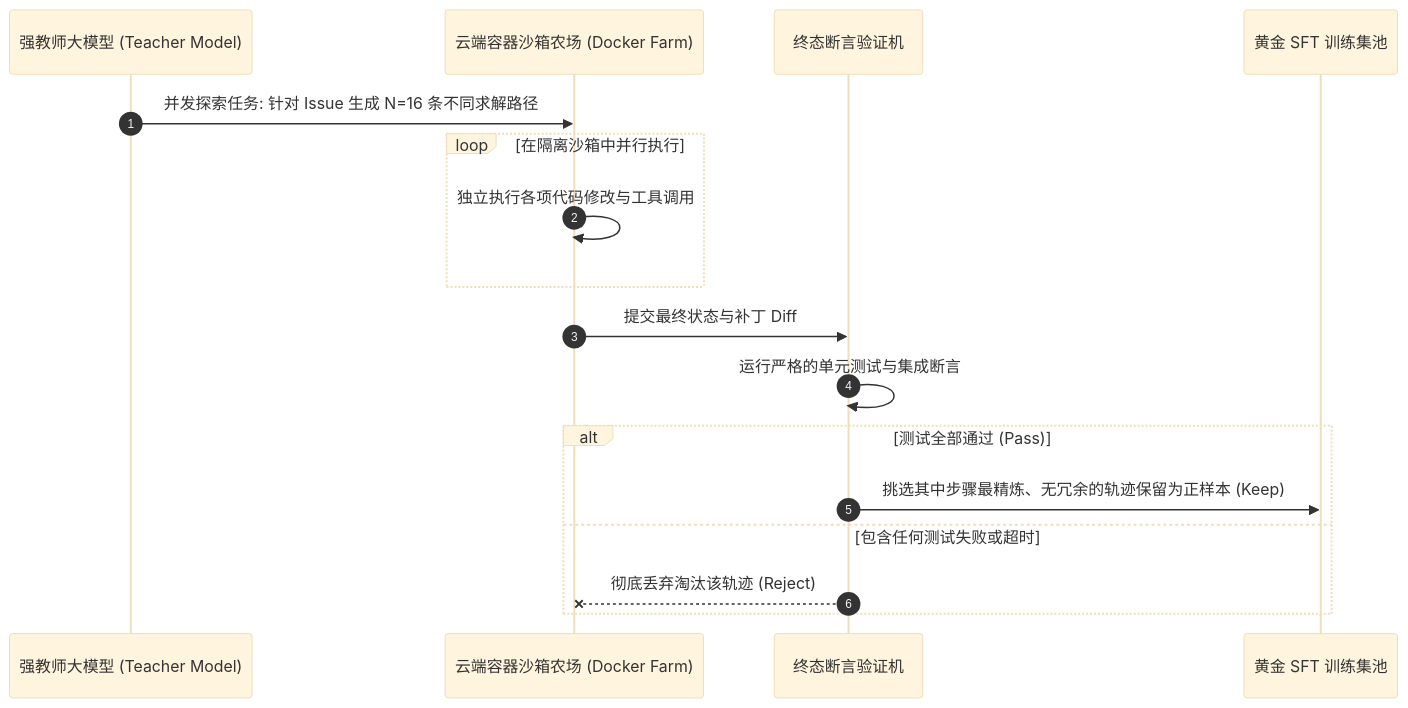
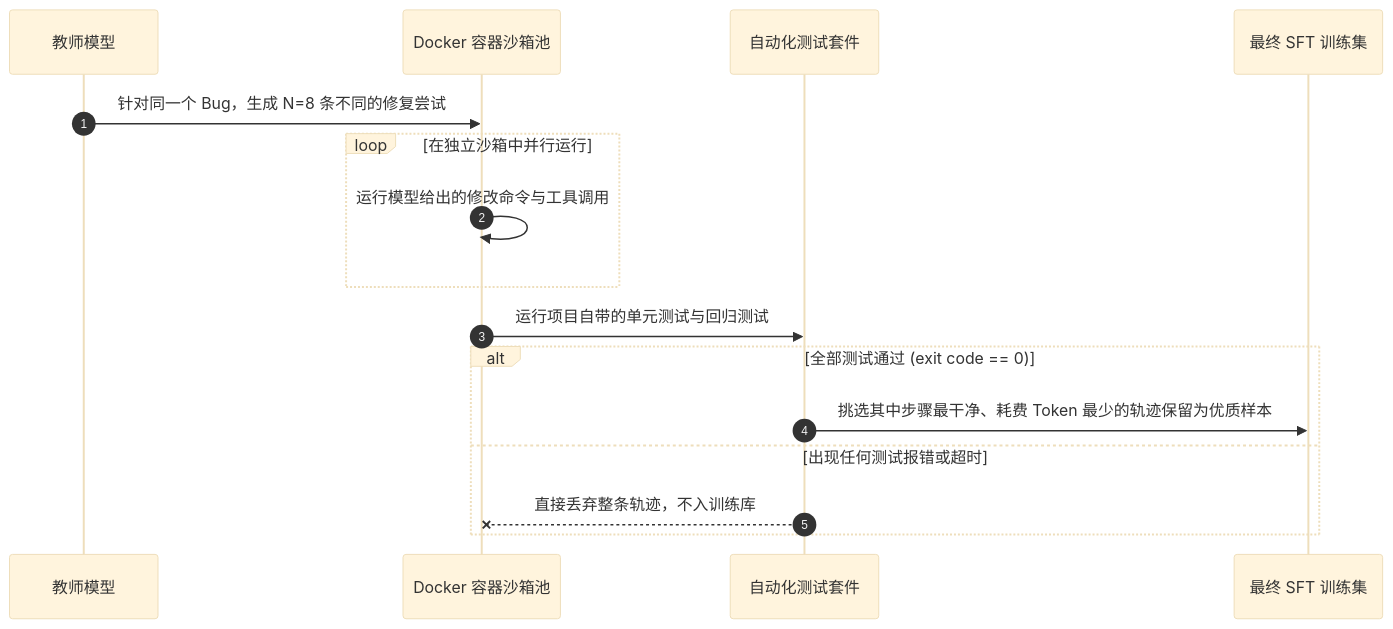
One commit to ljh12138164/ai-agent-study changed the second of 3 diagrams in app/ch08-post-training/02-agent-sft-and-trajectory-synthesis/page.mdx. Above: the diagram before and after it, drawn with Mermaid (base theme). The commit also changed other lines of this file and 43 other files, not shown here.

````diff
--- a/app/ch08-post-training/02-agent-sft-and-trajectory-synthesis/page.mdx
+++ b/app/ch08-post-training/02-agent-sft-and-trajectory-synthesis/page.mdx
@@ -29,23 +34,19 @@
 ```mermaid
 sequenceDiagram
     autonumber
-    participant Generator as 强教师大模型 (Teacher Model)
-    participant SandboxFarm as 云端容器沙箱农场 (Docker Farm)
-    participant TestRunner as 终态断言验证机
-    participant GoldDataset as 黄金 SFT 训练集池
+    participant Teacher as 教师模型
+    participant Docker as Docker 容器沙箱池
+    participant Test as 自动化测试套件
+    participant Dataset as 最终 SFT 训练集
 
-    Generator->>SandboxFarm: 并发探索任务: 针对 Issue 生成 N=16 条不同求解路径
-    
-    loop 在隔离沙箱中并行执行
-        SandboxFarm->>SandboxFarm: 独立执行各项代码修改与工具调用
+    Teacher->>Docker: 针对同一个 Bug，生成 N=8 条不同的修复尝试
+    loop 在独立沙箱中并行运行
+        Docker->>Docker: 运行模型给出的修改命令与工具调用
     end
-    
-    SandboxFarm->>TestRunner: 提交最终状态与补丁 Diff
-    TestRunner->>TestRunner: 运行严格的单元测试与集成断言
-    
-    alt 测试全部通过 (Pass)
-        TestRunner->>GoldDataset: 挑选其中步骤最精炼、无冗余的轨迹保留为正样本 (Keep)
-    else 包含任何测试失败或超时
-        TestRunner--xSandboxFarm: 彻底丢弃淘汰该轨迹 (Reject)
+    Docker->>Test: 运行项目自带的单元测试与回归测试
+    alt 全部测试通过 (exit code == 0)
+        Test->>Dataset: 挑选其中步骤最干净、耗费 Token 最少的轨迹保留为优质样本
+    else 出现任何测试报错或超时
+        Test--xDocker: 直接丢弃整条轨迹，不入训练库
     end
 ```
````
